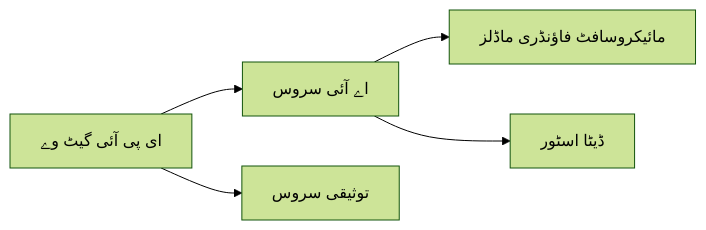
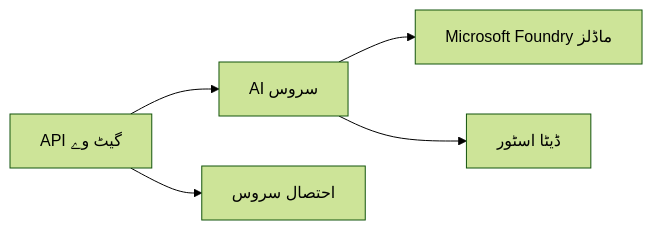
One commit to microsoft/AZD-for-beginners changed the first of 2 diagrams in translations/ur/docs/chapter-08-production/README.md. Above: the diagram before and after it, drawn with Mermaid (forest theme). The commit also changed other lines of this file and 104 other files, not shown here.

````diff
--- a/translations/ur/docs/chapter-08-production/README.md
+++ b/translations/ur/docs/chapter-08-production/README.md
@@ -48,6 +48,6 @@
 ```mermaid
 graph LR
-    Gateway[ای پی آئی گیٹ وے] --> AI[اے آئی سروس] --> Models[مائیکروسافٹ فاؤنڈری ماڈلز]
-    Gateway --> Auth[توثیقی سروس]
+    Gateway[API گیٹ وے] --> AI[AI سروس] --> Models[Microsoft Foundry ماڈلز]
+    Gateway --> Auth[احتصال سروس]
     AI --> Data[ڈیٹا اسٹور]
 ```
````
